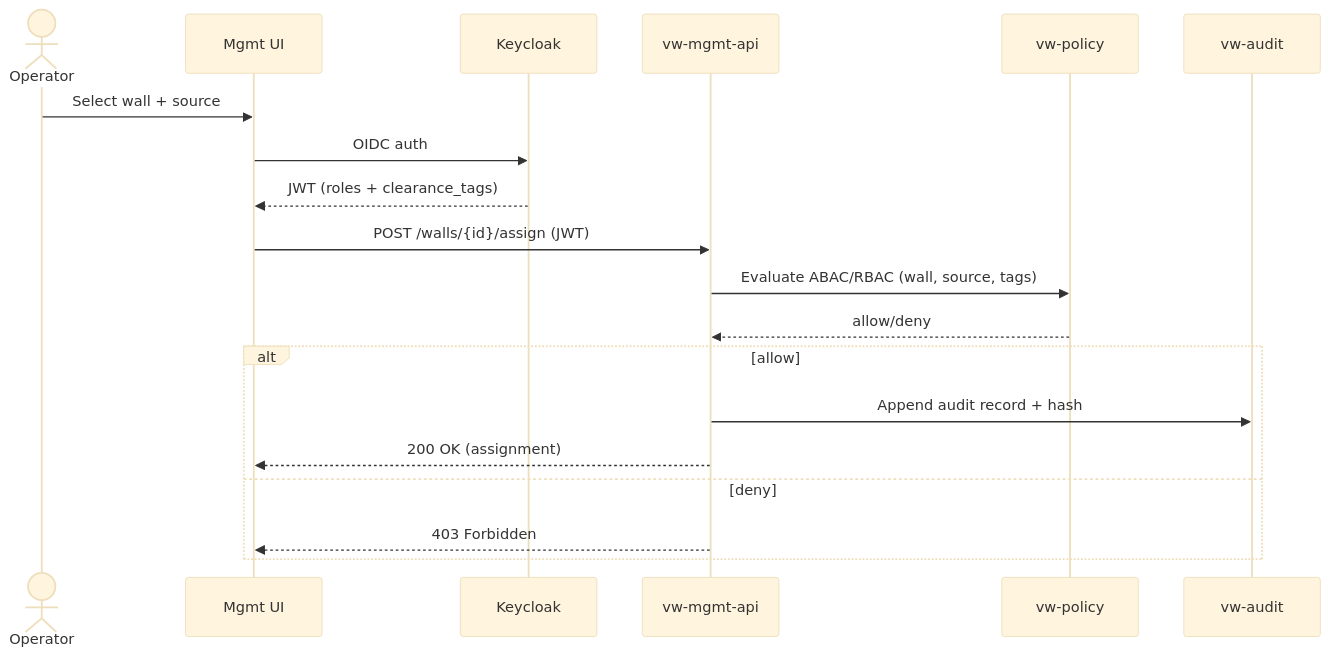
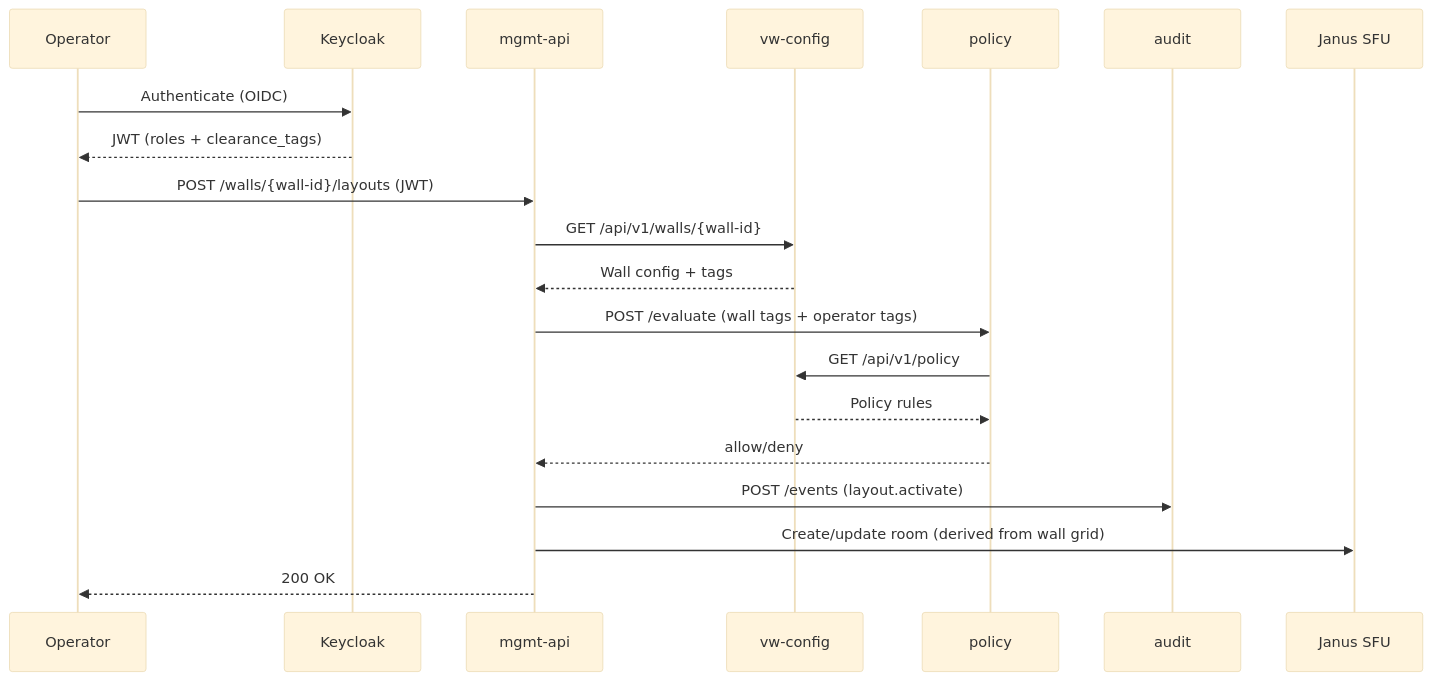
One commit to risi70/airgap-videowall changed the diagram in docs/architecture.md. Above: the diagram before and after it, drawn with Mermaid (base theme). The commit also changed other lines of this file and 21 other files, not shown here.

````diff
--- a/docs/architecture.md
+++ b/docs/architecture.md
@@ -67,21 +86,23 @@
 ```mermaid
 sequenceDiagram
-  actor Op as Operator
-  participant UI as Mgmt UI
-  participant KC as Keycloak
-  participant MG as vw-mgmt-api
-  participant PL as vw-policy
-  participant AU as vw-audit
-  Op->>UI: Select wall + source
-  UI->>KC: OIDC auth
-  KC-->>UI: JWT (roles + clearance_tags)
-  UI->>MG: POST /walls/{id}/assign (JWT)
-  MG->>PL: Evaluate ABAC/RBAC (wall, source, tags)
-  PL-->>MG: allow/deny
-  alt allow
-    MG->>AU: Append audit record + hash
-    MG-->>UI: 200 OK (assignment)
-  else deny
-    MG-->>UI: 403 Forbidden
-  end
+    participant Op as Operator
+    participant KC as Keycloak
+    participant MA as mgmt-api
+    participant VC as vw-config
+    participant POL as policy
+    participant AUD as audit
+    participant SFU as Janus SFU
+
+    Op->>KC: Authenticate (OIDC)
+    KC-->>Op: JWT (roles + clearance_tags)
+    Op->>MA: POST /walls/{wall-id}/layouts (JWT)
+    MA->>VC: GET /api/v1/walls/{wall-id}
+    VC-->>MA: Wall config + tags
+    MA->>POL: POST /evaluate (wall tags + operator tags)
+    POL->>VC: GET /api/v1/policy
+    VC-->>POL: Policy rules
+    POL-->>MA: allow/deny
+    MA->>AUD: POST /events (layout.activate)
+    MA->>SFU: Create/update room (derived from wall grid)
+    MA-->>Op: 200 OK
 ```
````
